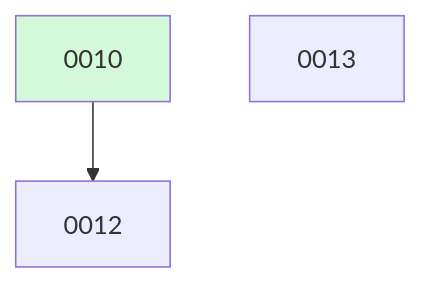
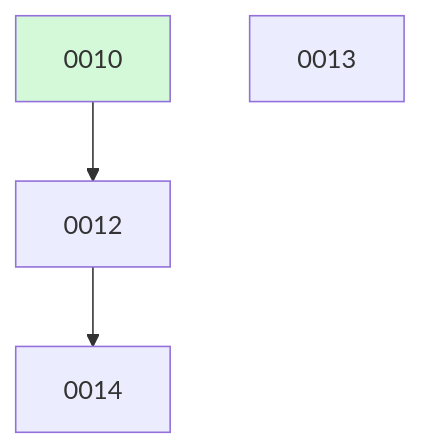
One commit to ethanhinson/fuse changed the diagram in docs/changes/BOARD.md. Above: the diagram before and after it, drawn with Mermaid. The commit also changed other lines of this file, not shown here.

````diff
--- a/docs/changes/BOARD.md
+++ b/docs/changes/BOARD.md
@@ -12,7 +13,8 @@
 ```mermaid
 graph TD
   0010 --> 0012
   0013
+  0012 --> 0014
   0010:::done
   classDef done fill:#d3f9d8;
 ```
````
